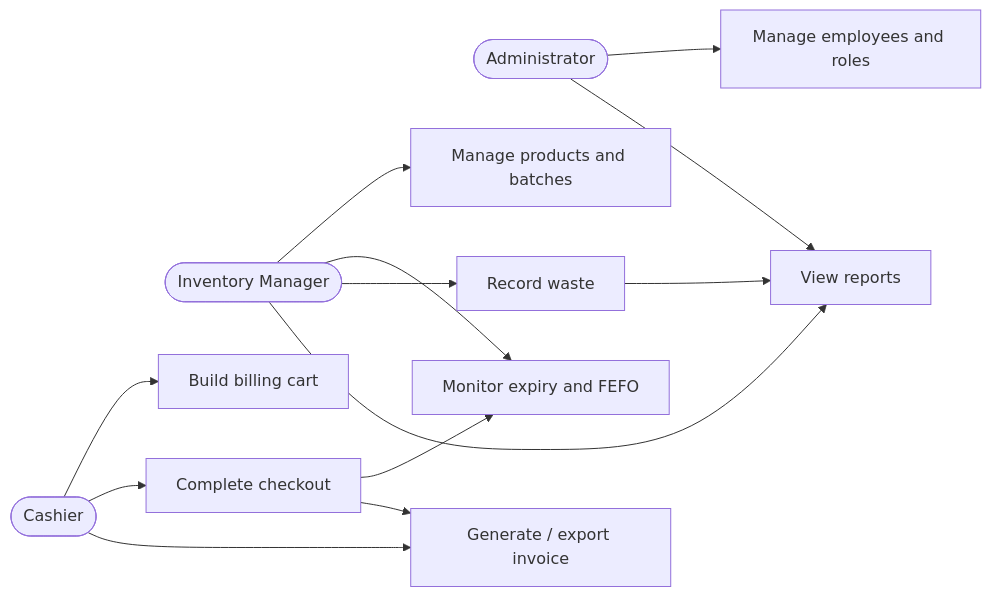
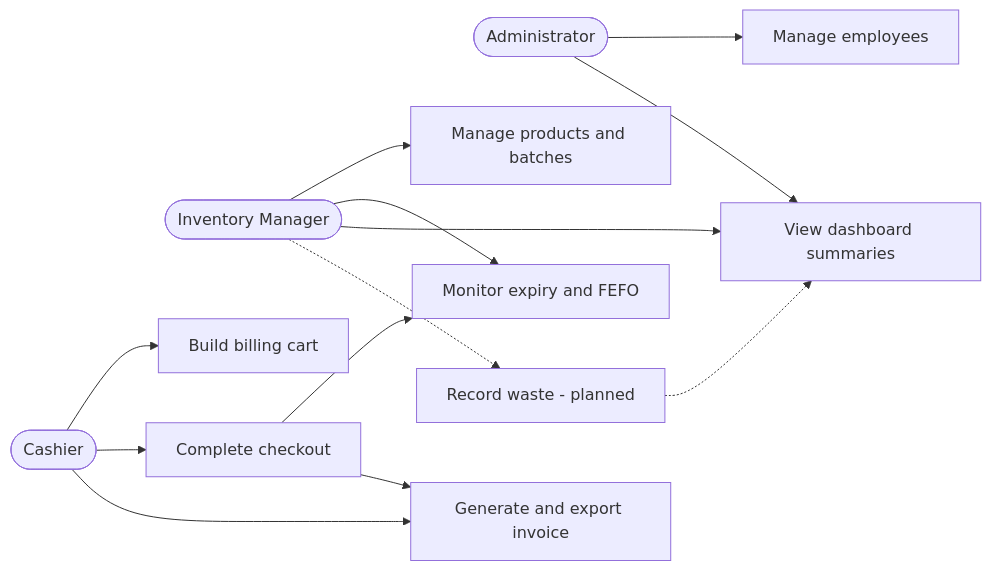
Before and after one commit to CJC1406/pms: the diagram in docs/SRS.md, drawn with Mermaid. The commit also changed other lines of this file and 9 other files, not shown here.

````diff
--- a/docs/SRS.md
+++ b/docs/SRS.md
@@ -261,18 +378,22 @@
 ```mermaid
 flowchart LR
     Admin([Administrator])
     Manager([Inventory Manager])
     Cashier([Cashier])
-    Admin --> U1[Manage employees and roles]
-    Admin --> U2[View reports]
+
+    Admin --> U1[Manage employees]
+    Admin --> U2[View dashboard summaries]
+
     Manager --> U3[Manage products and batches]
     Manager --> U4[Monitor expiry and FEFO]
-    Manager --> U5[Record waste]
     Manager --> U2
+    Manager -.-> U5[Record waste - planned]
+
     Cashier --> U6[Build billing cart]
     Cashier --> U7[Complete checkout]
-    Cashier --> U8[Generate / export invoice]
+    Cashier --> U8[Generate and export invoice]
+
     U7 --> U4
     U7 --> U8
-    U5 --> U2
+    U5 -.-> U2
 ```
````
